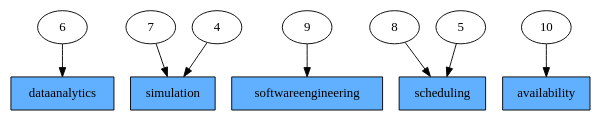
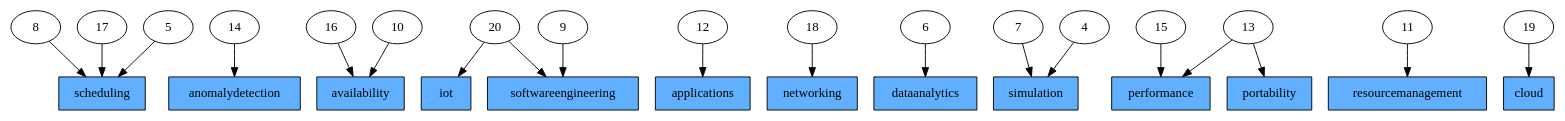
Before and after one commit to serviceprototypinglab/kubernetes-literature-dataset: the diagram in graphs/sldgraph-fields.dot, drawn with Graphviz. The commit also changed 23 other files, not shown here.

```diff
--- a/graphs/sldgraph-fields.dot
+++ b/graphs/sldgraph-fields.dot
@@ -1,22 +1,52 @@
 digraph sldgraph {
 overlap=false;
-_S42590 -> _S24075;
-_S52811 -> _S60183;
-_S97946 -> _S60381;
-_S36407 -> _S90911;
-_S78746 -> _S89281;
-_S15597 -> _S60183;
-_S53840 -> _S90911;
-_S52811 [label="7"];
-_S90911 [label="scheduling",shape=box,style=filled,fillcolor="#60b0ff"];
-_S78746 [label="10"];
-_S53840 [label="5"];
-_S42590 [label="6"];
-_S36407 [label="8"];
-_S24075 [label="dataanalytics",shape=box,style=filled,fillcolor="#60b0ff"];
-_S60381 [label="softwareengineering",shape=box,style=filled,fillcolor="#60b0ff"];
-_S60183 [label="simulation",shape=box,style=filled,fillcolor="#60b0ff"];
-_S89281 [label="availability",shape=box,style=filled,fillcolor="#60b0ff"];
-_S15597 [label="4"];
-_S97946 [label="9"];
+_S98073 -> _S39350;
+_S57800 -> _S39587;
+_S51567 -> _S62942;
+_S90375 -> _S39350;
+_S62029 -> _S39456;
+_S62029 -> _S29798;
+_S16988 -> _S29798;
+_S27081 -> _S37391;
+_S18866 -> _S48688;
+_S81584 -> _S27788;
+_S48566 -> _S45616;
+_S47058 -> _S27577;
+_S47058 -> _S96090;
+_S50374 -> _S80479;
+_S41369 -> _S70453;
+_S50403 -> _S39350;
+_S60187 -> _S45616;
+_S90264 -> _S27577;
+_S54446 -> _S62942;
+_S60187 [label="4"];
+_S29798 [label="softwareengineering",shape=box,style=filled,fillcolor="#60b0ff"];
+_S62029 [label="20"];
+_S50403 [label="5"];
+_S62942 [label="availability",shape=box,style=filled,fillcolor="#60b0ff"];
+_S54446 [label="10"];
+_S27081 [label="12"];
+_S90375 [label="17"];
+_S70453 [label="cloud",shape=box,style=filled,fillcolor="#60b0ff"];
+_S98073 [label="8"];
+_S27788 [label="dataanalytics",shape=box,style=filled,fillcolor="#60b0ff"];
+_S96090 [label="portability",shape=box,style=filled,fillcolor="#60b0ff"];
+_S27577 [label="performance",shape=box,style=filled,fillcolor="#60b0ff"];
+_S48688 [label="networking",shape=box,style=filled,fillcolor="#60b0ff"];
+_S45616 [label="simulation",shape=box,style=filled,fillcolor="#60b0ff"];
+_S18866 [label="18"];
+_S39587 [label="anomalydetection",shape=box,style=filled,fillcolor="#60b0ff"];
+_S41369 [label="19"];
+_S50374 [label="11"];
+_S16988 [label="9"];
+_S39350 [label="scheduling",shape=box,style=filled,fillcolor="#60b0ff"];
+_S48566 [label="7"];
+_S51567 [label="16"];
+_S39456 [label="iot",shape=box,style=filled,fillcolor="#60b0ff"];
+_S47058 [label="13"];
+_S57800 [label="14"];
+_S37391 [label="applications",shape=box,style=filled,fillcolor="#60b0ff"];
+_S81584 [label="6"];
+_S80479 [label="resourcemanagement",shape=box,style=filled,fillcolor="#60b0ff"];
+_S90264 [label="15"];
 }
```
